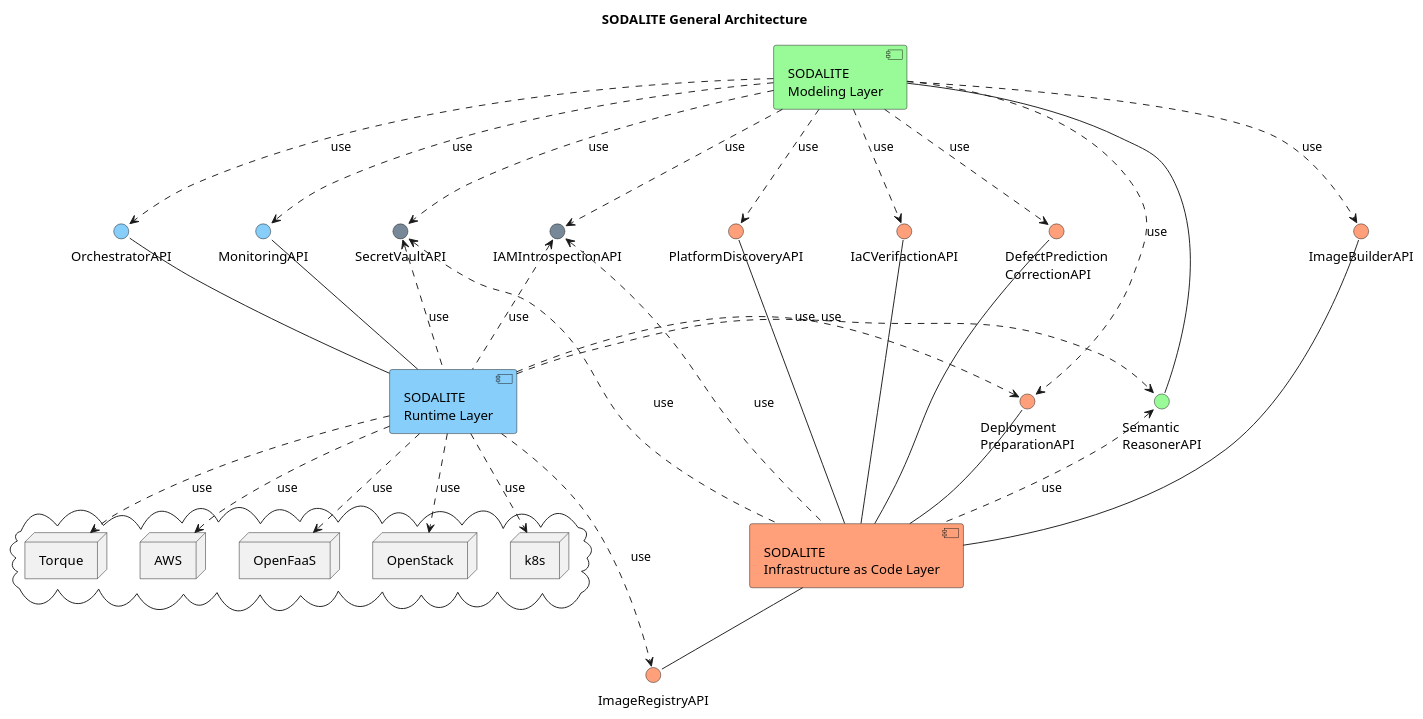
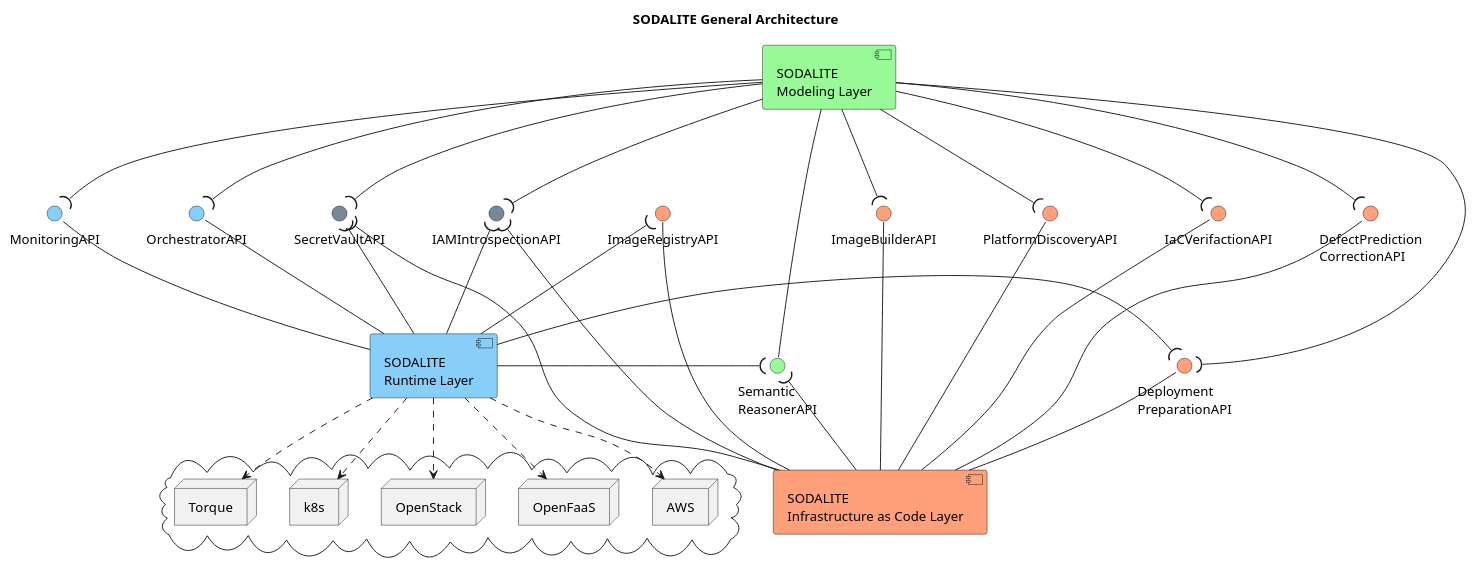
The diagram in uml/component-diagrams/CD-SODALITEGeneralArchitecture - by layers.puml (SODALITE-EU/project-wide-documentation), drawn with PlantUML before and after one commit. The commit also changed 2 other files, not shown here.

Commit message:
Changed the plantuml usageAPI in the diagrams

```diff
--- a/uml/component-diagrams/CD-SODALITEGeneralArchitecture - by layers.puml
+++ b/uml/component-diagrams/CD-SODALITEGeneralArchitecture - by layers.puml
@@ -1,71 +1,72 @@
 @startuml
 
 title SODALITE General Architecture
 
 skinparam fixCircleLabelOverlapping true 
 
 'WP3 modelling layer
 [SODALITE\nModeling Layer] as WP3 #PaleGreen
 interface "Semantic\nReasonerAPI" as sem #PaleGreen
 WP3 -d- sem
 
 'WP4 infrastructure as Code layer
 [SODALITE\nInfrastructure as Code Layer] as WP4 #LightSalmon
 interface "Deployment\nPreparationAPI" as dep #LightSalmon
 interface "DefectPrediction\nCorrectionAPI" as defect #LightSalmon
 interface "IaCVerifactionAPI" as verif #LightSalmon
 interface "ImageRegistryAPI" as imagereg  #LightSalmon
 interface "ImageBuilderAPI" as imagebuilder  #LightSalmon
 interface "PlatformDiscoveryAPI" as pds #LightSalmon
 WP4 -u- dep
 WP4 -u- defect
 WP4 -u- verif
 WP4 -u- pds
 WP4 -d- imagereg
 WP4 -u- imagebuilder
 
 'WP4 infrastructure as Code layer
 [SODALITE\nRuntime Layer] as WP5 #LightSkyBlue
 interface "MonitoringAPI" as mon #LightSkyBlue
 interface "OrchestratorAPI" as orch #LightSkyBlue
 WP5 -u- mon 
 WP5 -u- orch
 
 'security APIs
 interface "IAMIntrospectionAPI" as IAMApi #LightSlateGrey
 interface "SecretVaultAPI" as VaultAPI #LightSlateGrey
 
 cloud {
     node OpenStack
     node k8s as K8S
     node Torque
     node AWS
     node OpenFaaS
 }
 
-WP3 .d.> IAMApi : use
-WP3 .d.> VaultAPI : use
-WP3 .d.> dep : use
-WP3 .d.> defect : use
-WP3 .d.> verif : use
-WP3 .d.> mon : use
-WP3 .d.> orch : use
-WP3 .d.> imagebuilder : use
-WP3 .d.> pds : use
+WP3 -d-( IAMApi
+WP3 -d-( VaultAPI
+WP3 -d-( dep
+WP3 -d-( defect
+WP3 -d-( verif
+WP3 -d-( mon
+WP3 -d-( orch
+WP3 -d-( imagebuilder
+WP3 -d-( pds
 
-WP4 .u.> IAMApi : use
-WP4 .u.> VaultAPI : use
-WP4 .u.> sem : use
+WP4 -u-( IAMApi
+WP4 -u-( VaultAPI
+WP4 -u-( sem
 
-WP5 .u.> IAMApi : use
-WP5 .u.> VaultAPI : use
-WP5 .d.> OpenStack : use
-WP5 .d.> K8S : use
-WP5 .d.> Torque : use
-WP5 .d.> AWS : use
-WP5 .d.> OpenFaaS : use
-WP5 .r.> dep : use
-WP5 .r.> sem : use
-WP5 ..> imagereg: use
+WP5 -u-( IAMApi
+WP5 -u-( VaultAPI
+WP5 -u-( imagereg
+WP5 -r-( dep
+WP5 -r-( sem
+
+WP5 .d.> OpenStack
+WP5 .d.> K8S
+WP5 .d.> Torque
+WP5 .d.> AWS
+WP5 .d.> OpenFaaS
 
 @enduml
```
